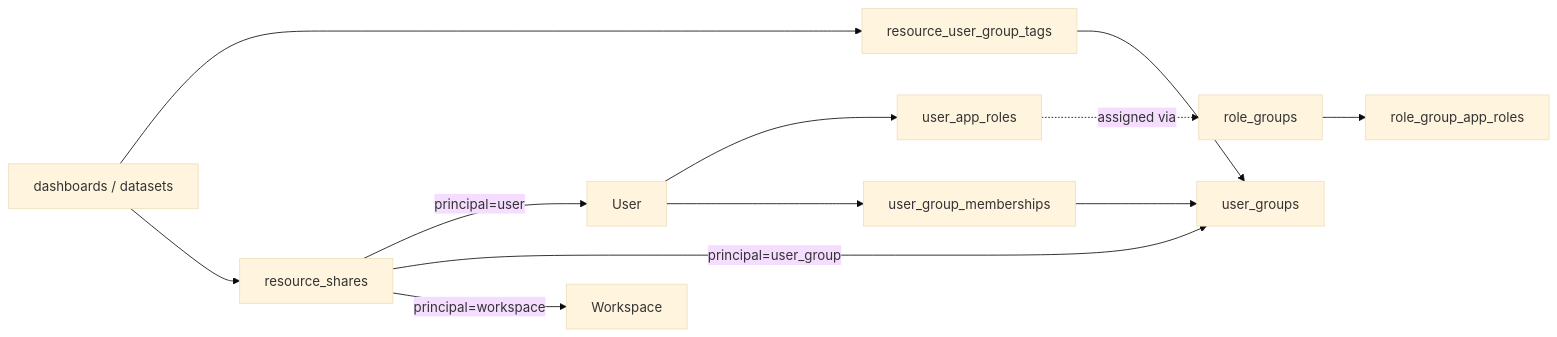
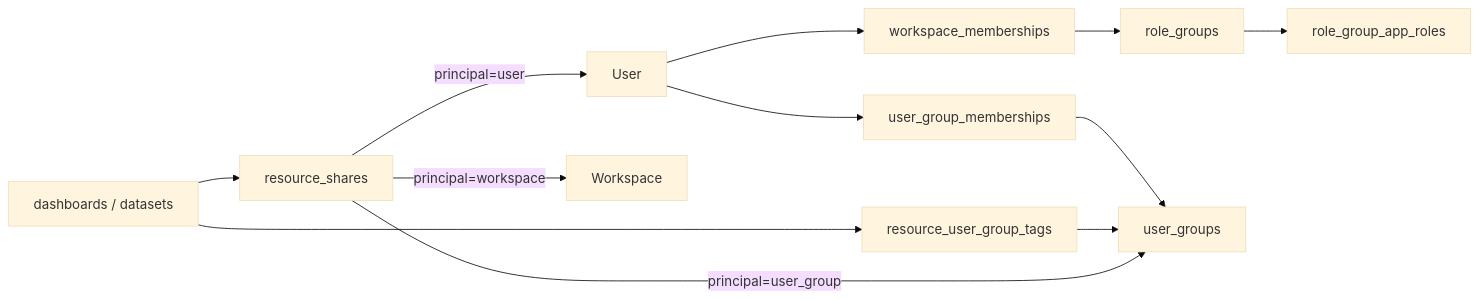
The second of 3 diagrams in reference/permissions-architecture.md (AvandarLabs/avandar), drawn with Mermaid (base theme) before and after one commit. The commit also changed other lines of this file and 38 other files, not shown here.

Commit message:
schema updates

````diff
--- a/reference/permissions-architecture.md
+++ b/reference/permissions-architecture.md
@@ -134,14 +136,14 @@
 ```mermaid
 flowchart LR
-  User --> UAR[user_app_roles]
+  User --> WM[workspace_memberships]
+  WM --> RG[role_groups]
+  RG --> RGAR[role_group_app_roles]
   User --> UGM[user_group_memberships]
   UGM --> UG[user_groups]
-  UAR -.assigned via.-> RG[role_groups]
-  RG --> RGAR[role_group_app_roles]
   Resource[dashboards / datasets] --> RT[resource_user_group_tags]
   RT --> UG
   Resource --> RS[resource_shares]
   RS -->|"principal=user"| User
   RS -->|"principal=user_group"| UG
   RS -->|"principal=workspace"| Workspace
 ```
````
